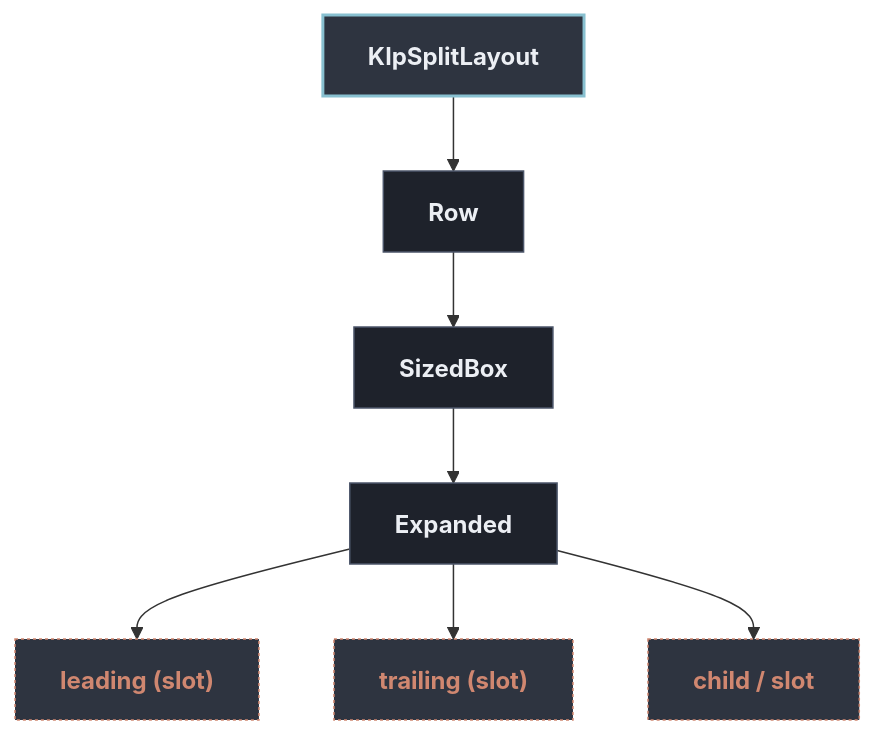
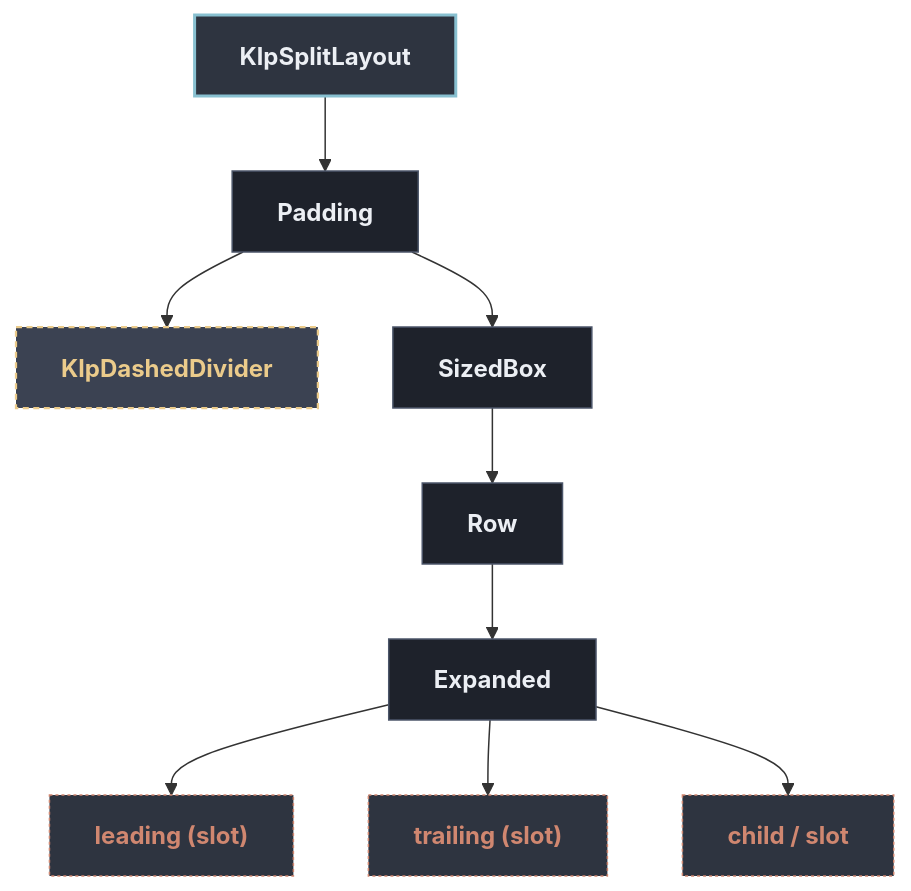
One commit to MiuDog/Kallopis changed the diagram in docs/architecture/components/layout/klp_split_layout.md. Above: the diagram before and after it, drawn with Mermaid. The commit also changed other lines of this file and 123 other files, not shown here.

First line of the commit message:
docs(architecture): regenerate per-component trees, unbreak the generator

````diff
--- a/docs/architecture/components/layout/klp_split_layout.md
+++ b/docs/architecture/components/layout/klp_split_layout.md
@@ -13,22 +13,26 @@
 ```mermaid
 flowchart TD
   classDef default fill:#1E222B,stroke:#4C566A,stroke-width:1px,color:#ECEFF4;
   classDef root fill:#2E3440,stroke:#88C0D0,stroke-width:2px,color:#ECEFF4,font-weight:bold;
   classDef reference fill:#3B4252,stroke:#EBCB8B,stroke-width:1.5px,stroke-dasharray: 4 3,color:#EBCB8B;
   classDef container fill:#2E3440,stroke:#A3BE8C,stroke-width:1.5px,color:#A3BE8C;
   classDef slot fill:#2E3440,stroke:#D08770,stroke-width:1px,stroke-dasharray: 2 2,color:#D08770;
 
   root["KlpSplitLayout"]:::root
-  n1["Row"]
+  n1["Padding"]
   root --> n1
-  n2["SizedBox"]
+  n2["KlpDashedDivider"]:::reference
   n1 --> n2
-  n3["Expanded"]
-  n2 --> n3
-  n4["leading (slot)"]:::slot
+  n3["SizedBox"]
+  n1 --> n3
+  n4["Row"]
   n3 --> n4
-  n5["trailing (slot)"]:::slot
-  n3 --> n5
-  n6["child / slot"]:::slot
-  n3 --> n6
+  n5["Expanded"]
+  n4 --> n5
+  n6["leading (slot)"]:::slot
+  n5 --> n6
+  n7["trailing (slot)"]:::slot
+  n5 --> n7
+  n8["child / slot"]:::slot
+  n5 --> n8
 ```
````
